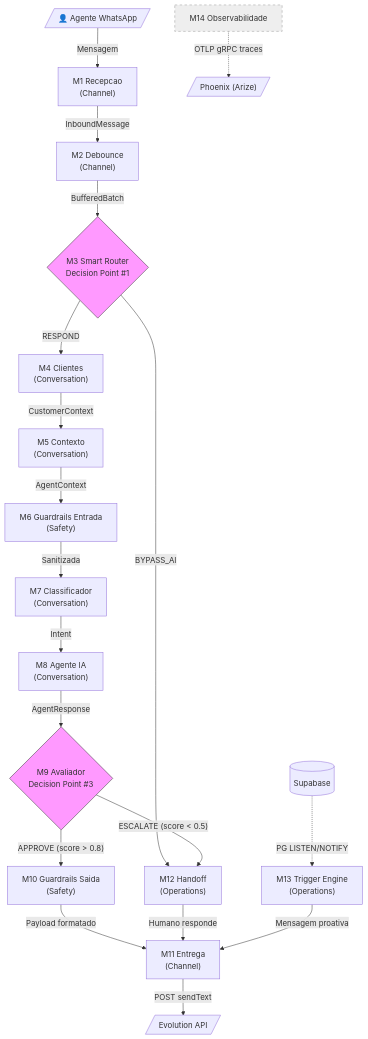
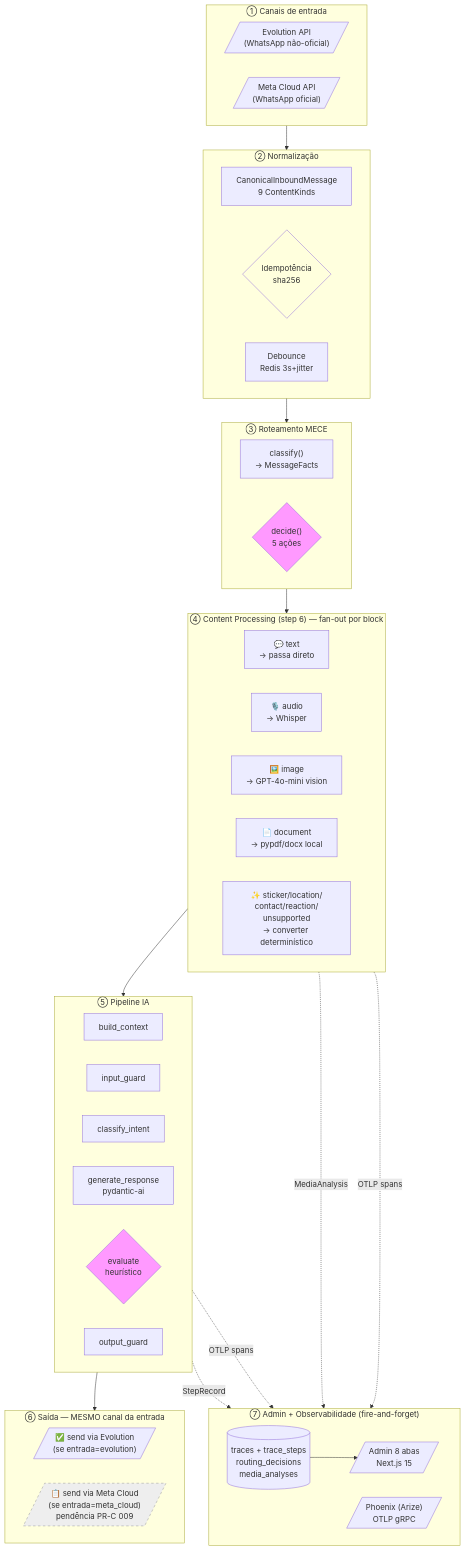
One commit to paceautomations/madruga.ai changed the first of 33 diagrams in platforms/prosauai/business/process.md. Above: the diagram before and after it, drawn with Mermaid. The commit also changed other lines of this file and 1 other file, not shown here.

````diff
--- a/platforms/prosauai/business/process.md
+++ b/platforms/prosauai/business/process.md
@@ -19,32 +22,66 @@
 ```mermaid
 flowchart TD
-    A[/"👤 Agente WhatsApp"/] -->|Mensagem| M1["M1 Recepcao<br/>(Channel)"]
-    M1 -->|InboundMessage| M2["M2 Debounce<br/>(Channel)"]
-    M2 -->|BufferedBatch| M3{"M3 Smart Router<br/>Decision Point #1"}
+    subgraph canais["① Canais de entrada"]
+        direction LR
+        EVO[/"Evolution API<br/>(WhatsApp não-oficial)"/]
+        META[/"Meta Cloud API<br/>(WhatsApp oficial)"/]
+    end
 
-    M3 -->|RESPOND| M4["M4 Clientes<br/>(Conversation)"]
-    M3 -->|BYPASS_AI| M12["M12 Handoff<br/>(Operations)"]
+    subgraph normaliza["② Normalização"]
+        direction LR
+        CANON["CanonicalInboundMessage<br/>9 ContentKinds"]
+        IDEM{"Idempotência<br/>sha256"}
+        DEB["Debounce<br/>Redis 3s+jitter"]
+    end
 
-    M4 -->|CustomerContext| M5["M5 Contexto<br/>(Conversation)"]
-    M5 -->|AgentContext| M6["M6 Guardrails Entrada<br/>(Safety)"]
-    M6 -->|Sanitizada| M7["M7 Classificador<br/>(Conversation)"]
-    M7 -->|Intent| M8["M8 Agente IA<br/>(Conversation)"]
-    M8 -->|AgentResponse| M9{"M9 Avaliador<br/>Decision Point #3"}
+    subgraph rot["③ Roteamento MECE"]
+        direction LR
+        CLASS["classify()<br/>→ MessageFacts"]
+        DEC{"decide()<br/>5 ações"}
+    end
 
-    M9 -->|"APPROVE (score > 0.8)"| M10["M10 Guardrails Saida<br/>(Safety)"]
-    M9 -->|"ESCALATE (score < 0.5)"| M12
+    subgraph proc["④ Content Processing (step 6) — fan-out por block"]
+        direction LR
+        TXT["💬 text<br/>→ passa direto"]
+        AUDIO["🎙️ audio<br/>→ Whisper"]
+        IMG["🖼️ image<br/>→ GPT-4o-mini vision"]
+        DOC["📄 document<br/>→ pypdf/docx local"]
+        LIGHT["✨ sticker/location/<br/>contact/reaction/<br/>unsupported<br/>→ converter determinístico"]
+    end
 
-    M10 -->|Payload formatado| M11["M11 Entrega<br/>(Channel)"]
-    M12 -->|Humano responde| M11
+    subgraph pipe["⑤ Pipeline IA"]
+        direction LR
+        CTX["build_context"]
+        GIN["input_guard"]
+        INT["classify_intent"]
+        AG["generate_response<br/>pydantic-ai"]
+        EVAL{"evaluate<br/>heurístico"}
+        GOUT["output_guard"]
+    end
 
-    DB[("Supabase")] -.->|PG LISTEN/NOTIFY| M13["M13 Trigger Engine<br/>(Operations)"]
-    M13 -->|Mensagem proativa| M11
+    subgraph saida["⑥ Saída — MESMO canal da entrada"]
+        direction LR
+        OUT_E[/"✅ send via Evolution<br/>(se entrada=evolution)"/]
+        OUT_M[/"📋 send via Meta Cloud<br/>(se entrada=meta_cloud)<br/>pendência PR-C 009"/]
+    end
 
-    M11 -->|POST sendText| EVO[/"Evolution API"/]
+    canais --> normaliza --> rot --> proc --> pipe --> saida
 
-    M14["M14 Observabilidade"] -.->|"OTLP gRPC traces"| PH[/"Phoenix (Arize)"/]
+    subgraph obs["⑦ Admin + Observabilidade (fire-and-forget)"]
+        direction LR
+        TRACES[("traces + trace_steps<br/>routing_decisions<br/>media_analyses")]
+        PHX[/"Phoenix (Arize)<br/>OTLP gRPC"/]
+        UI[/"Admin 8 abas<br/>Next.js 15"/]
+    end
 
-    style M3 fill:#f9f,stroke:#333
-    style M9 fill:#f9f,stroke:#333
-    style M14 fill:#eee,stroke:#999,stroke-dasharray: 5 5
+    pipe -.->|StepRecord| TRACES
+    proc -.->|MediaAnalysis| TRACES
+    pipe -.->|OTLP spans| PHX
+    proc -.->|OTLP spans| PHX
+    TRACES --> UI
+
+    style IDEM fill:#ffd
+    style DEC fill:#f9f
+    style EVAL fill:#f9f
+    style OUT_M fill:#eee,stroke:#999,stroke-dasharray: 5 5
 ```
````
